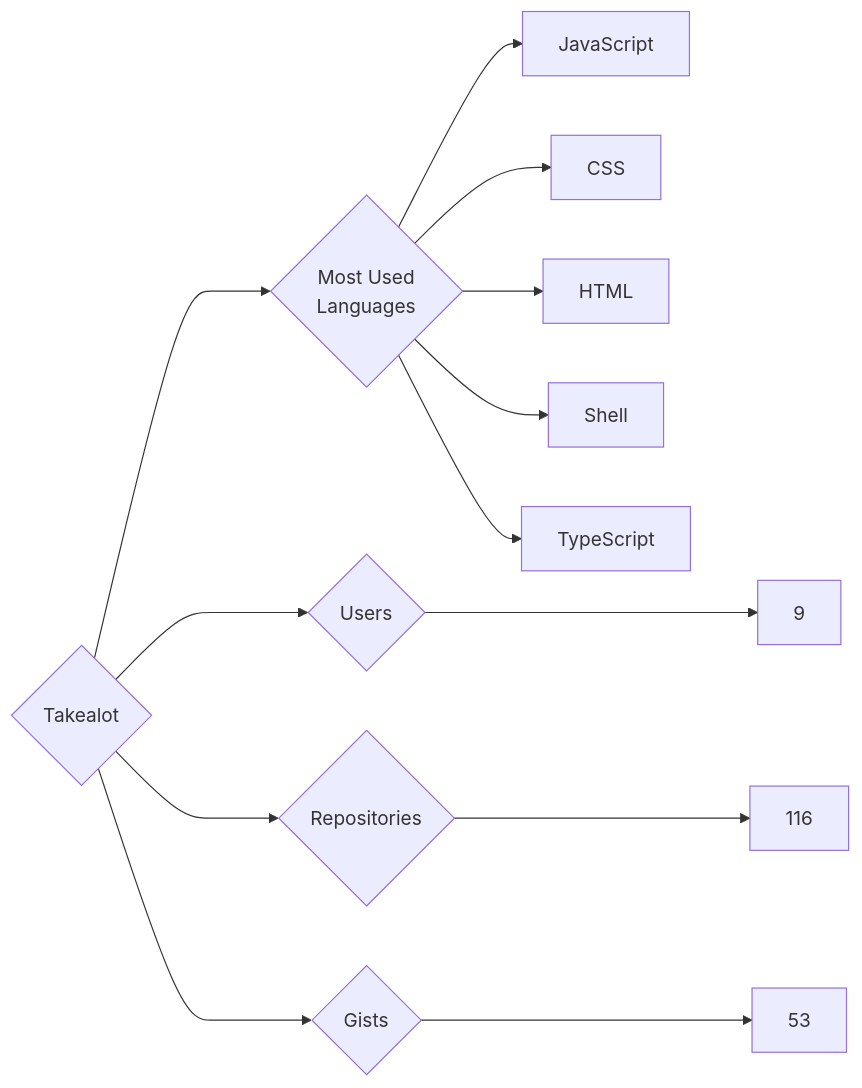
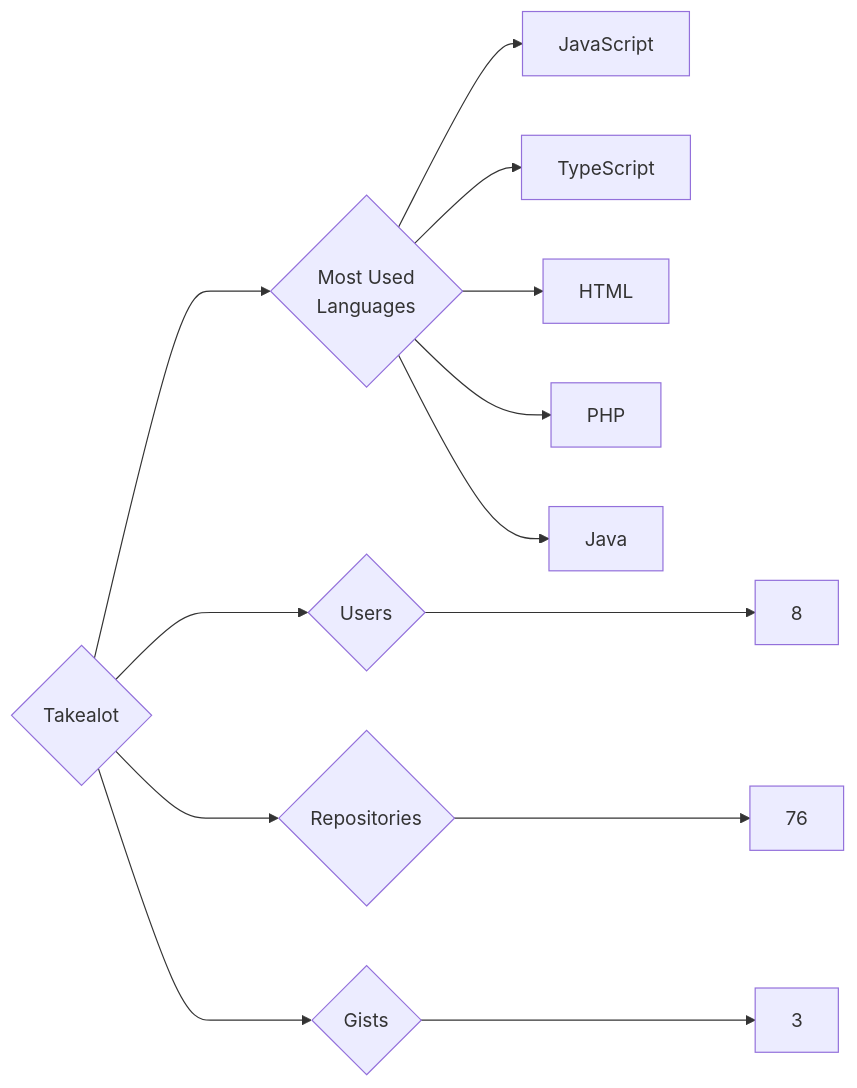
The diagram in targets/Takealot/README.md (trickest/insiders), drawn with Mermaid before and after one commit. The commit also changed 920 other files, not shown here.

````diff
--- a/targets/Takealot/README.md
+++ b/targets/Takealot/README.md
@@ -3,13 +3,13 @@
 ```mermaid
 graph LR
 COMPANY_NAME{Takealot}
-COMPANY_NAME ---> U{Users} ---> UN[9]
-COMPANY_NAME ---> R{Repositories} ---> RN[116]
-COMPANY_NAME ---> G{Gists} ---> GN[53]
+COMPANY_NAME ---> U{Users} ---> UN[8]
+COMPANY_NAME ---> R{Repositories} ---> RN[76]
+COMPANY_NAME ---> G{Gists} ---> GN[3]
 COMPANY_NAME ---> ML{Most Used<br>Languages}
 ML --> JavaScript[JavaScript]
-ML --> CSS[CSS]
+ML --> TypeScript[TypeScript]
 ML --> HTML[HTML]
-ML --> Shell[Shell]
-ML --> TypeScript[TypeScript]
+ML --> PHP[PHP]
+ML --> Java[Java]
 ```
````
